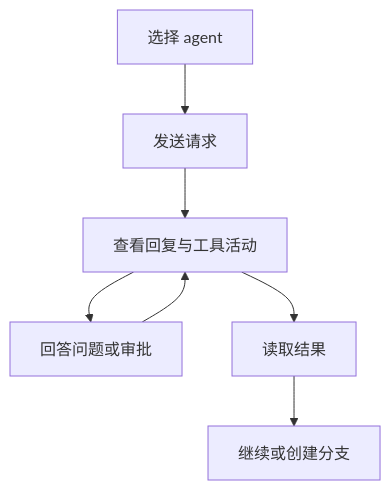
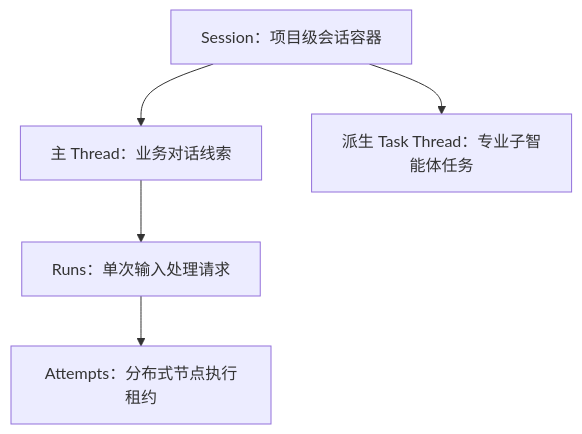
One commit to converge-ai-labs/agent-foundation changed the diagram in docs/a13n-service/index.zh-CN.md. Above: the diagram before and after it, drawn with Mermaid. The commit also changed other lines of this file and 39 other files, not shown here.

````diff
--- a/docs/a13n-service/index.zh-CN.md
+++ b/docs/a13n-service/index.zh-CN.md
@@ -40,13 +41,10 @@
 ```mermaid
 flowchart TB
-    Agent["选择 agent"] --> Input["发送请求"]
-    Input --> Work["查看回复与工具活动"]
-    Work --> Decision["回答问题或审批"]
-    Decision --> Work
-    Work --> Result["读取结果"]
-    Result --> Continue["继续或创建分支"]
+    Session["Session：项目级会话容器"] --> Main["主 Thread：业务对话线索"]
+    Session --> Task["派生 Task Thread：专业子智能体任务"]
+    Main --> Runs["Runs：单次输入处理请求"]
+    Runs --> Attempts["Attempts：分布式节点执行租约"]
 
-    class Agent,Work a13n
-    class Input,Decision,Continue app
-    class Result success
+    class Session,Main,Task store
+    class Runs,Attempts a13n
 ```
````
